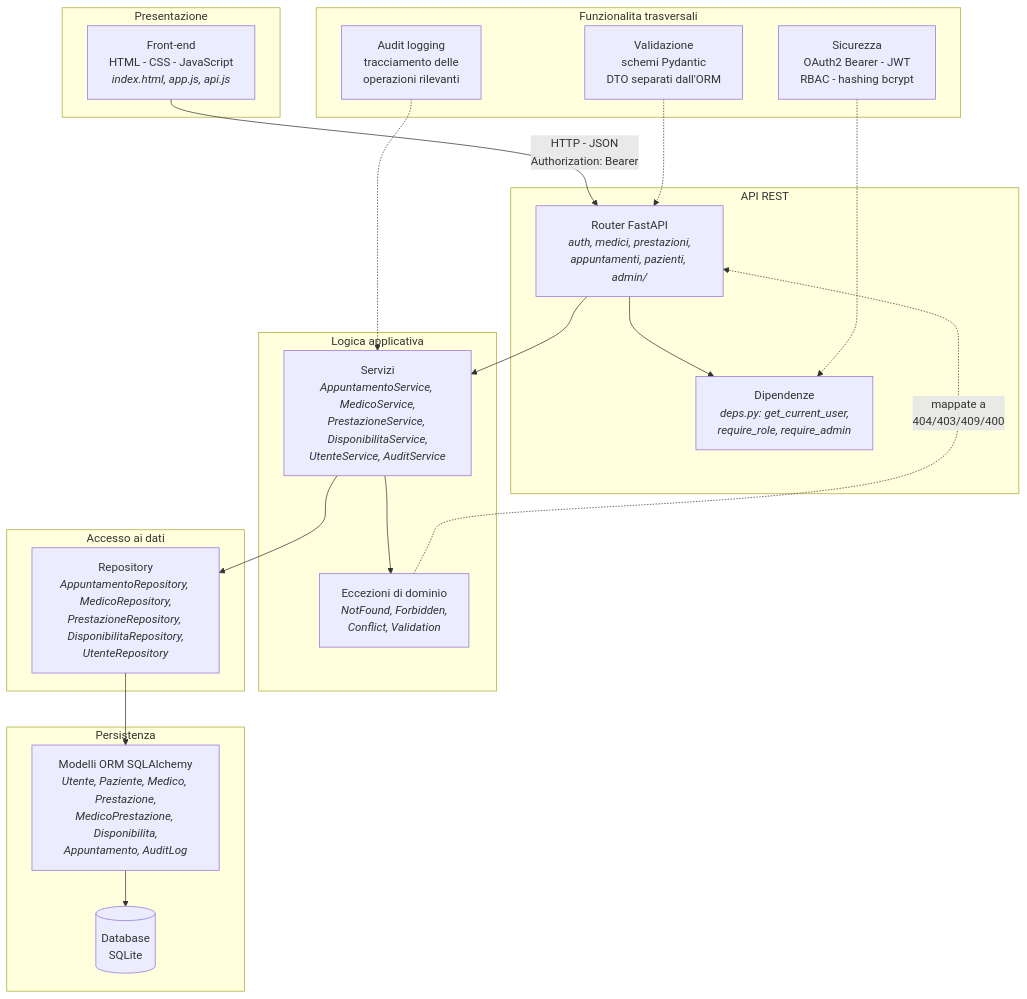
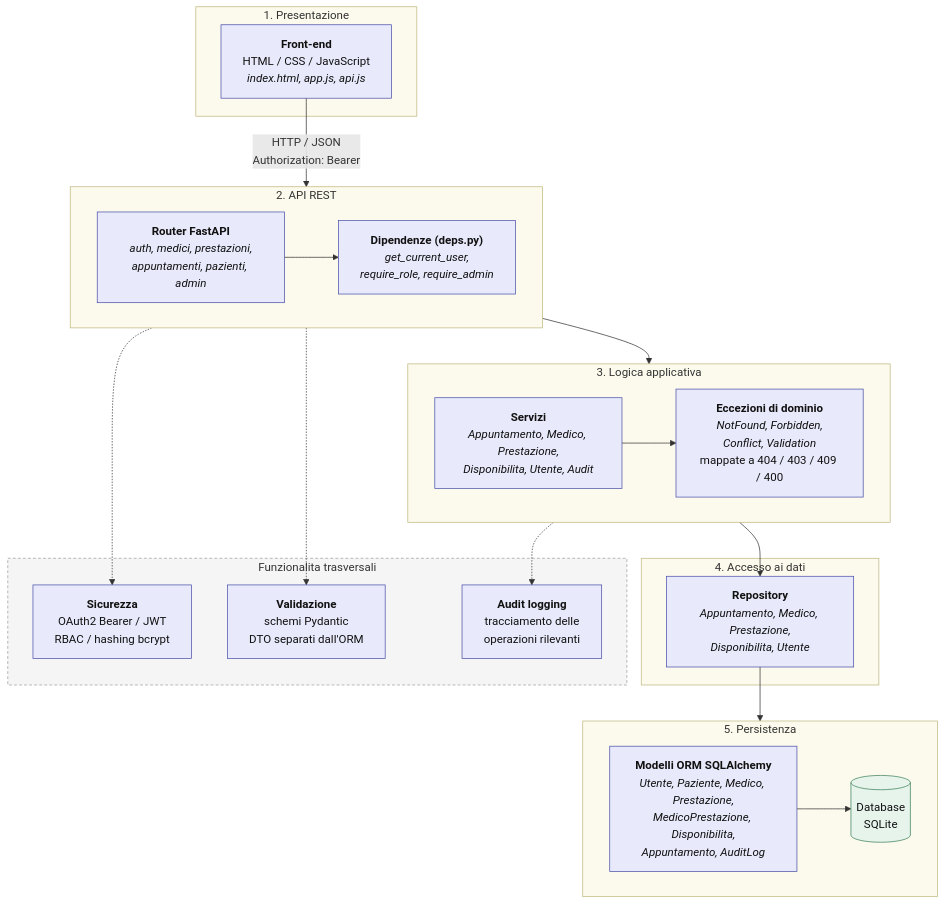
The diagram in poliambulatorio-prenotazioni/docs/architettura.md (giovannicarrino-2802/PW16), drawn with Mermaid before and after one commit.

````diff
--- a/poliambulatorio-prenotazioni/docs/architettura.md
+++ b/poliambulatorio-prenotazioni/docs/architettura.md
@@ -5,44 +5,59 @@
 ```mermaid
 flowchart TB
-    subgraph L1["Presentazione"]
-        FE["Front-end<br/>HTML - CSS - JavaScript<br/><i>index.html, app.js, api.js</i>"]
+
+    subgraph L1["1. Presentazione"]
+        FE["<b>Front-end</b><br/>HTML / CSS / JavaScript<br/><i>index.html, app.js, api.js</i>"]
     end
 
-    subgraph L2["API REST"]
-        RT["Router FastAPI<br/><i>auth, medici, prestazioni,<br/>appuntamenti, pazienti, admin/</i>"]
-        DEP["Dipendenze<br/><i>deps.py: get_current_user,<br/>require_role, require_admin</i>"]
+    subgraph L2["2. API REST"]
+        direction LR
+        RT["<b>Router FastAPI</b><br/><i>auth, medici, prestazioni,<br/>appuntamenti, pazienti, admin</i>"]
+        DEP["<b>Dipendenze (deps.py)</b><br/><i>get_current_user,<br/>require_role, require_admin</i>"]
+        RT --> DEP
     end
 
-    subgraph L3["Logica applicativa"]
-        SVC["Servizi<br/><i>AppuntamentoService, MedicoService,<br/>PrestazioneService, DisponibilitaService,<br/>UtenteService, AuditService</i>"]
-        EXC["Eccezioni di dominio<br/><i>NotFound, Forbidden,<br/>Conflict, Validation</i>"]
+    subgraph L3["3. Logica applicativa"]
+        direction LR
+        SVC["<b>Servizi</b><br/><i>Appuntamento, Medico, Prestazione,<br/>Disponibilita, Utente, Audit</i>"]
+        EXC["<b>Eccezioni di dominio</b><br/><i>NotFound, Forbidden,<br/>Conflict, Validation</i><br/>mappate a 404 / 403 / 409 / 400"]
+        SVC --> EXC
     end
 
-    subgraph L4["Accesso ai dati"]
-        REP["Repository<br/><i>AppuntamentoRepository, MedicoRepository,<br/>PrestazioneRepository, DisponibilitaRepository,<br/>UtenteRepository</i>"]
+    subgraph L4["4. Accesso ai dati"]
+        REP["<b>Repository</b><br/><i>Appuntamento, Medico, Prestazione,<br/>Disponibilita, Utente</i>"]
     end
 
-    subgraph L5["Persistenza"]
-        ORM["Modelli ORM SQLAlchemy<br/><i>Utente, Paziente, Medico, Prestazione,<br/>MedicoPrestazione, Disponibilita,<br/>Appuntamento, AuditLog</i>"]
+    subgraph L5["5. Persistenza"]
+        direction LR
+        ORM["<b>Modelli ORM SQLAlchemy</b><br/><i>Utente, Paziente, Medico, Prestazione,<br/>MedicoPrestazione, Disponibilita,<br/>Appuntamento, AuditLog</i>"]
         DB[("Database<br/>SQLite")]
+        ORM --> DB
     end
 
     subgraph TRA["Funzionalita trasversali"]
-        SEC["Sicurezza<br/>OAuth2 Bearer - JWT<br/>RBAC - hashing bcrypt"]
-        VAL["Validazione<br/>schemi Pydantic<br/>DTO separati dall'ORM"]
-        AUD["Audit logging<br/>tracciamento delle<br/>operazioni rilevanti"]
+        SEC["<b>Sicurezza</b><br/>OAuth2 Bearer / JWT<br/>RBAC / hashing bcrypt"]
+        VAL["<b>Validazione</b><br/>schemi Pydantic<br/>DTO separati dall'ORM"]
+        AUD["<b>Audit logging</b><br/>tracciamento delle<br/>operazioni rilevanti"]
     end
 
-    FE -->|"HTTP - JSON<br/>Authorization: Bearer"| RT
-    RT --> DEP
+    FE -->|"HTTP / JSON<br/>Authorization: Bearer"| RT
     RT --> SVC
-    SVC --> EXC
-    EXC -.->|"mappate a<br/>404/403/409/400"| RT
     SVC --> REP
     REP --> ORM
-    ORM --> DB
 
-    SEC -.-> DEP
-    VAL -.-> RT
-    AUD -.-> SVC
+    DEP -.-> SEC
+    RT -.-> VAL
+    SVC -.-> AUD
+
+    classDef comp fill:#E8EAFB,stroke:#4A4FA8,stroke-width:1px,color:#111
+    classDef store fill:#E7F4EC,stroke:#3B7F58,stroke-width:1px,color:#111
+    class FE,RT,DEP,SVC,EXC,REP,ORM,SEC,VAL,AUD comp
+    class DB store
+
+    style L1 fill:#FCFAEC,stroke:#BFB77F
+    style L2 fill:#FCFAEC,stroke:#BFB77F
+    style L3 fill:#FCFAEC,stroke:#BFB77F
+    style L4 fill:#FCFAEC,stroke:#BFB77F
+    style L5 fill:#FCFAEC,stroke:#BFB77F
+    style TRA fill:#F5F5F5,stroke:#9E9E9E,stroke-dasharray: 4 3
 ```
````
